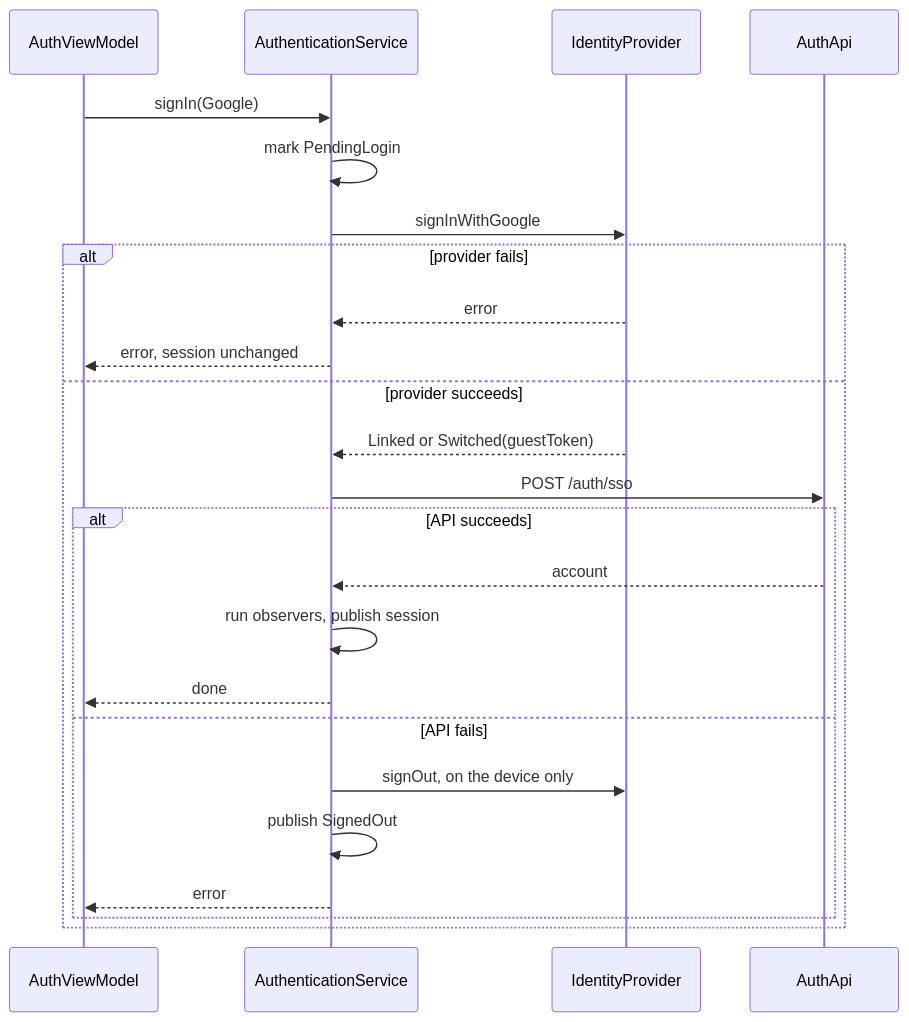
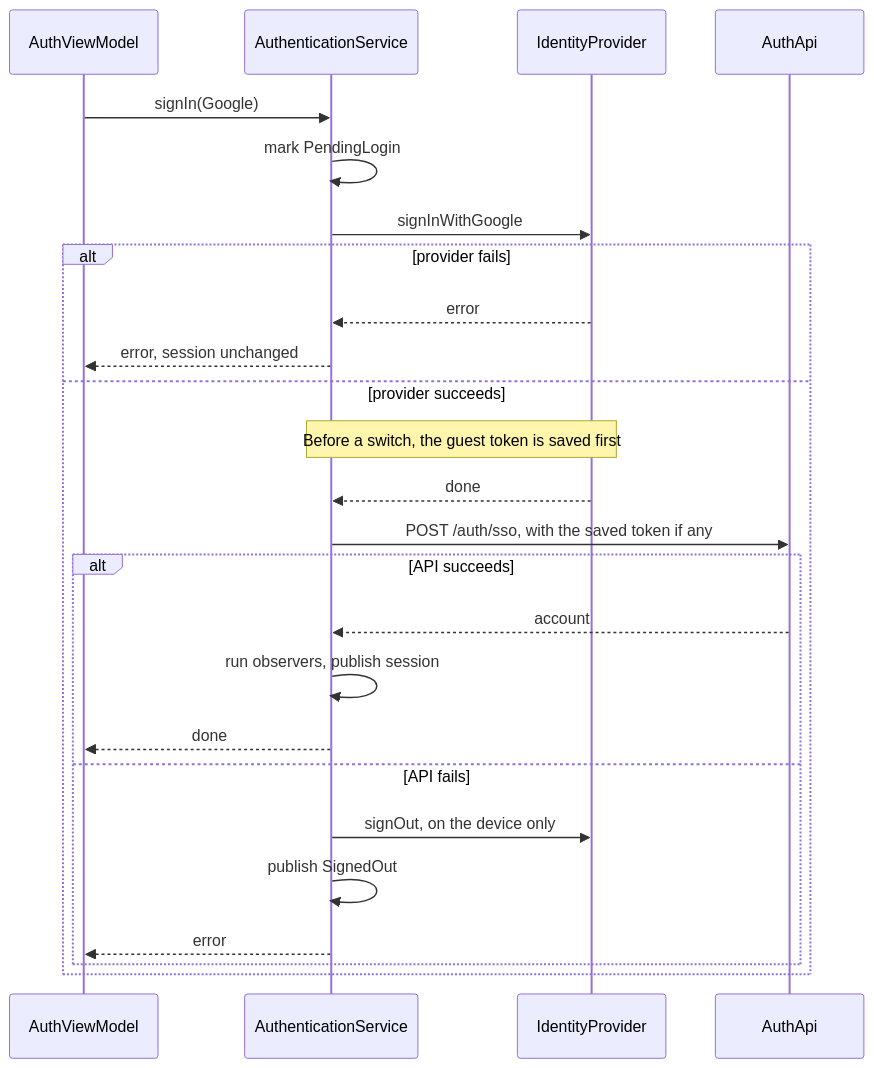
Before and after one commit to dthuy62/jobflow: the fourth of 5 diagrams in android/docs/system-architecture.md, drawn with Mermaid. The commit also changed 16 other files, not shown here.

First line of the commit message:
refactor(android): keep auth state in DataStore and save the guest token before switching

````diff
--- a/android/docs/system-architecture.md
+++ b/android/docs/system-architecture.md
@@ -110,26 +110,27 @@
 ```mermaid
 sequenceDiagram
     participant VM as AuthViewModel
     participant S as AuthenticationService
     participant I as IdentityProvider
     participant A as AuthApi
     VM->>S: signIn(Google)
     S->>S: mark PendingLogin
     S->>I: signInWithGoogle
     alt provider fails
         I-->>S: error
         S-->>VM: error, session unchanged
     else provider succeeds
-        I-->>S: Linked or Switched(guestToken)
-        S->>A: POST /auth/sso
+        Note over S,I: Before a switch, the guest token is saved first
+        I-->>S: done
+        S->>A: POST /auth/sso, with the saved token if any
         alt API succeeds
             A-->>S: account
             S->>S: run observers, publish session
             S-->>VM: done
         else API fails
             S->>I: signOut, on the device only
             S->>S: publish SignedOut
             S-->>VM: error
         end
     end
 ```
````
